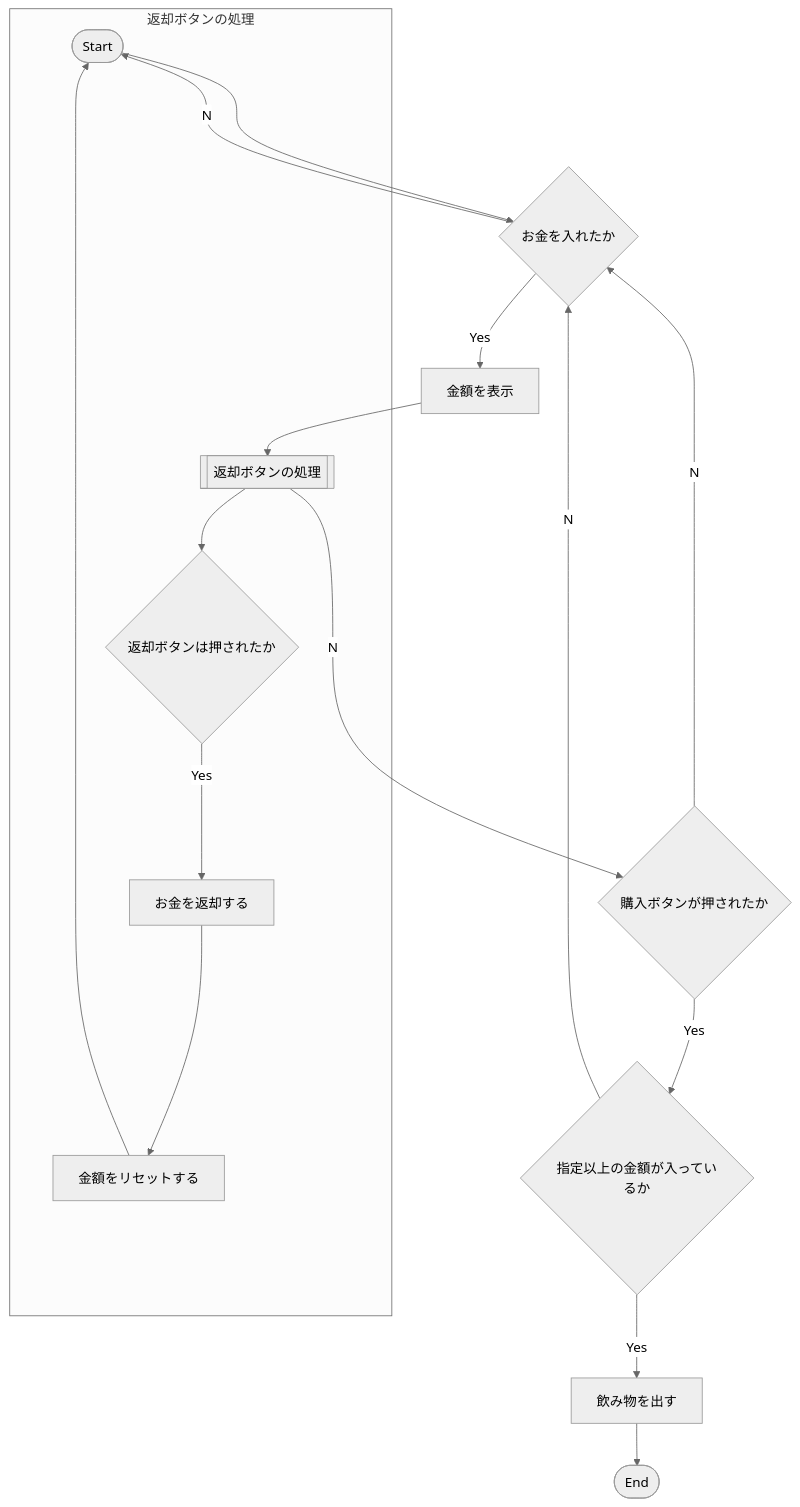
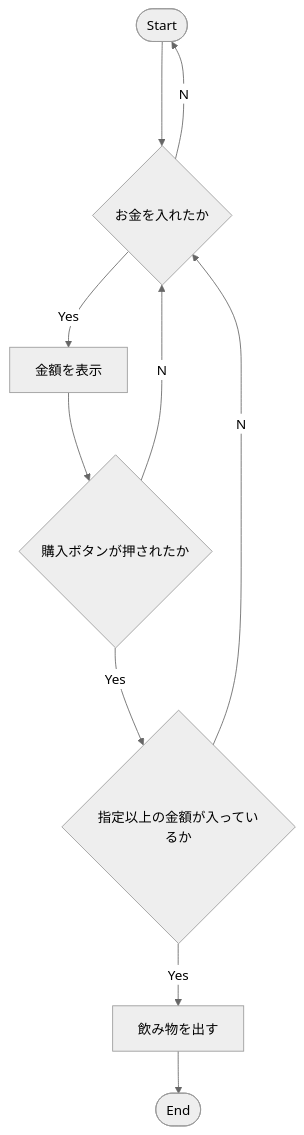
One commit to tpu-game-2022/mermaid_test changed the diagram in README.md. Above: the diagram before and after it, drawn with Mermaid (neutral theme).

Commit message:
フローチャートを変更した

````diff
--- a/README.md
+++ b/README.md
@@ -20,20 +20,12 @@
 ```mermaid
 flowchart TB
   A([Start])-->B{お金を入れたか}
   B--Yes-->C[金額を表示]
   B--No-->A
-  C-->D[[返却ボタンの処理]]
-  D--No-->E{購入ボタンが押されたか}
-  E{購入ボタンが押されたか}--Yes-->F{指定以上の金額が入っているか}
+  C-->E{購入ボタンが押されたか}
+  E--Yes-->F{指定以上の金額が入っているか}
   E--No-->B
   F--Yes-->G[飲み物を出す]
   F--No-->B
   G-->H([End])
-
-subgraph 返却ボタンの処理
-  D[[返却ボタンの処理]]-->D1{返却ボタンは押されたか}
-  D1--Yes-->D2[お金を返却する]
-  D2-->D3[金額をリセットする]
-  D3-->A
-end
 ```
````
